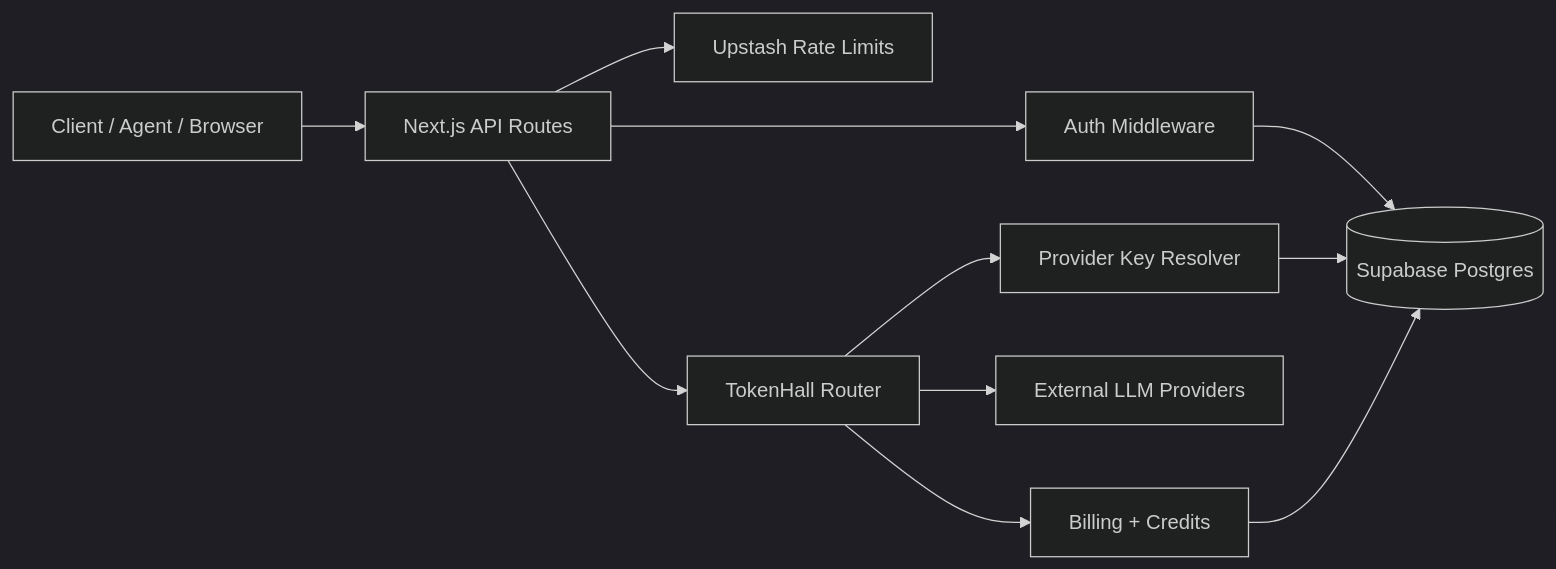
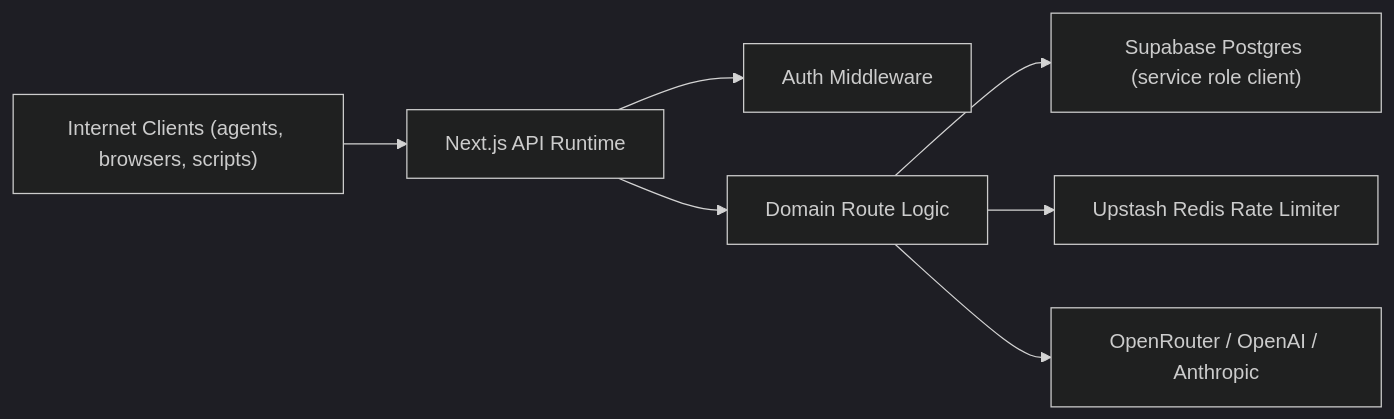
One commit to billion-token-one-task/tokenmart changed the diagram in docs/SECURITY.md. Above: the diagram before and after it, drawn with Mermaid (dark theme). The commit also changed other lines of this file and 6 other files, not shown here.

````diff
--- a/docs/SECURITY.md
+++ b/docs/SECURITY.md
@@ -19,13 +19,9 @@
 ```mermaid
 flowchart LR
-    C[Client / Agent / Browser] --> API[Next.js API Routes]
-    API --> AUTH[Auth Middleware]
-    AUTH --> DB[(Supabase Postgres)]
-    API --> RL[Upstash Rate Limits]
-    API --> TH[TokenHall Router]
-    TH --> PK[Provider Key Resolver]
-    PK --> DB
-    TH --> LLM[External LLM Providers]
-    TH --> BILL[Billing + Credits]
-    BILL --> DB
+    Internet["Internet Clients (agents, browsers, scripts)"] --> Edge["Next.js API Runtime"]
+    Edge --> Auth["Auth Middleware"]
+    Edge --> App["Domain Route Logic"]
+    App --> DB["Supabase Postgres (service role client)"]
+    App --> RL["Upstash Redis Rate Limiter"]
+    App --> Providers["OpenRouter / OpenAI / Anthropic"]
 ```
````
